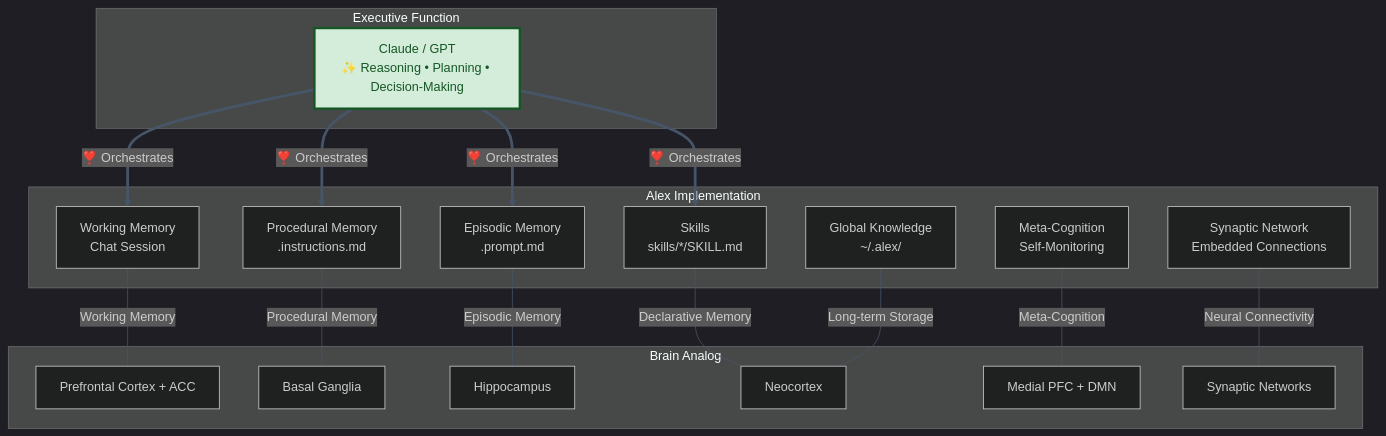
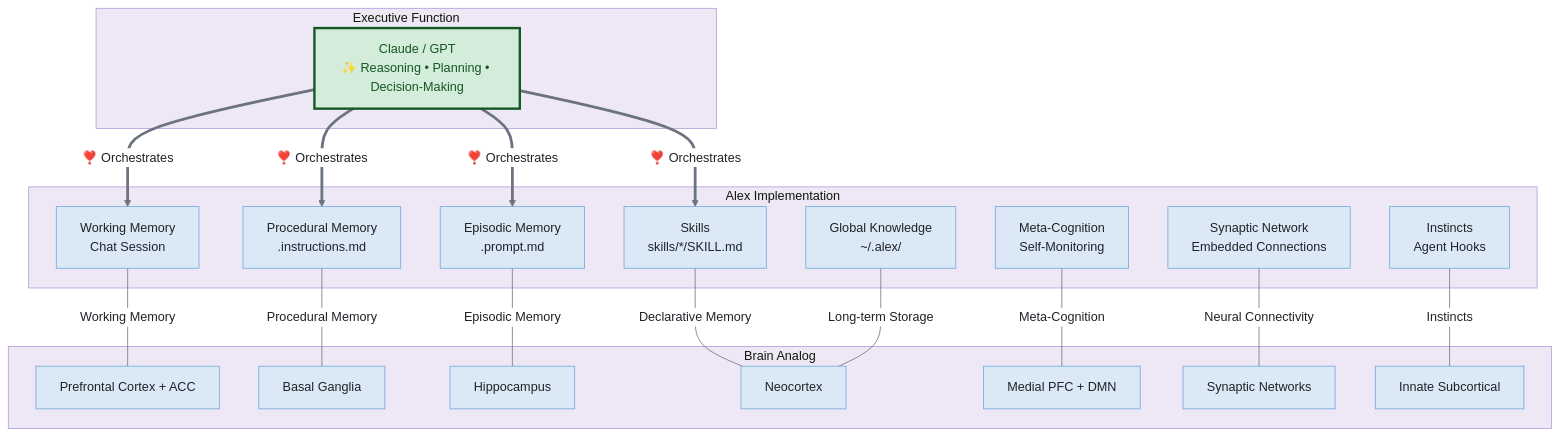
The third of 7 diagrams in alex_docs/architecture/COGNITIVE-ARCHITECTURE.md (fabioc-aloha/Alex_Plug_In), drawn with Mermaid before and after one commit. The commit also changed other lines of this file and 307 other files, not shown here.

````diff
--- a/alex_docs/architecture/COGNITIVE-ARCHITECTURE.md
+++ b/alex_docs/architecture/COGNITIVE-ARCHITECTURE.md
@@ -133,41 +133,44 @@
 ```mermaid
-%%{init: {'theme': 'dark', 'themeVariables': {'background': '#0f172a', 'primaryColor': '#1e293b', 'primaryTextColor': '#f1f5f9', 'primaryBorderColor': '#818cf8', 'lineColor': '#475569', 'secondaryColor': '#1e293b', 'secondaryBorderColor': '#2dd4bf', 'tertiaryColor': '#1e293b', 'fontFamily': 'Segoe UI, system-ui, sans-serif'}}}%%
+%%{init: {'theme': 'base', 'themeVariables': {'background': '#f8f9fa', 'primaryColor': '#dbe9f6', 'primaryTextColor': '#1f2328', 'primaryBorderColor': '#6ea8d9', 'lineColor': '#6b7280', 'secondaryColor': '#d1f5ef', 'secondaryBorderColor': '#5ab5a0', 'tertiaryColor': '#ede7f6', 'tertiaryBorderColor': '#b39ddb', 'edgeLabelBackground': '#ffffff', 'fontFamily': 'Segoe UI, system-ui, sans-serif'}}}%%
 graph TB
     subgraph "Executive Function"
         LLM["Claude / GPT<br/>✨ Reasoning • Planning • Decision-Making"]
     end
 
     subgraph "Alex Implementation"
         WM[Working Memory<br/>Chat Session]
         PM[Procedural Memory<br/>.instructions.md]
         EM[Episodic Memory<br/>.prompt.md]
         SK[Skills<br/>skills/*/SKILL.md]
         GK[Global Knowledge<br/>~/.alex/]
         SYN[Synaptic Network<br/>Embedded Connections]
         MC[Meta-Cognition<br/>Self-Monitoring]
+        INST[Instincts<br/>Agent Hooks]
     end
 
     subgraph "Brain Analog"
         PFC[Prefrontal Cortex + ACC]
         BG[Basal Ganglia]
         HIPP[Hippocampus]
         NC[Neocortex]
         MPFC[Medial PFC + DMN]
         SYNBIO[Synaptic Networks]
+        SUB[Innate Subcortical]
     end
 
     LLM ==>|"❣️ Orchestrates"| WM
     LLM ==>|"❣️ Orchestrates"| PM
     LLM ==>|"❣️ Orchestrates"| EM
     LLM ==>|"❣️ Orchestrates"| SK
 
     WM ---|"Working Memory"| PFC
     PM ---|"Procedural Memory"| BG
     EM ---|"Episodic Memory"| HIPP
     SK ---|"Declarative Memory"| NC
     GK ---|"Long-term Storage"| NC
     SYN ---|"Neural Connectivity"| SYNBIO
     MC ---|"Meta-Cognition"| MPFC
+    INST ---|"Instincts"| SUB
 
     style LLM fill:#d4edda,stroke:#155724,color:#155724,stroke-width:3px
 ```
````
